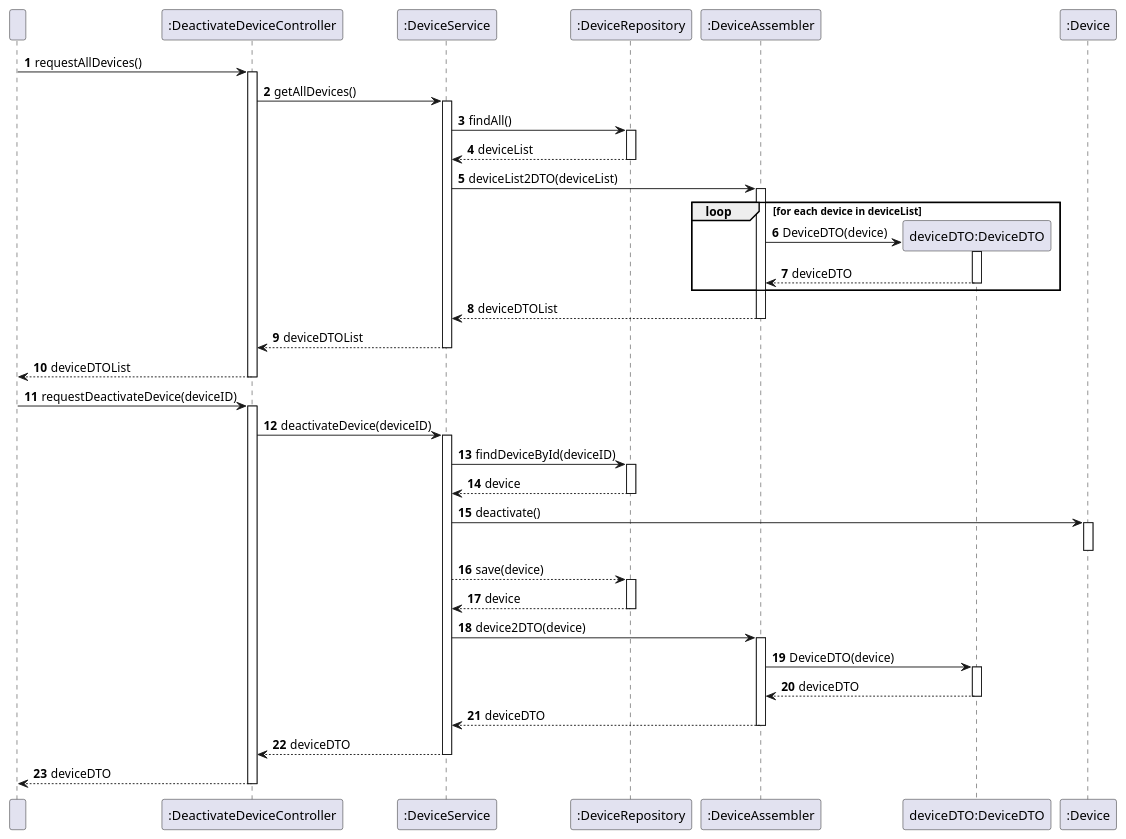
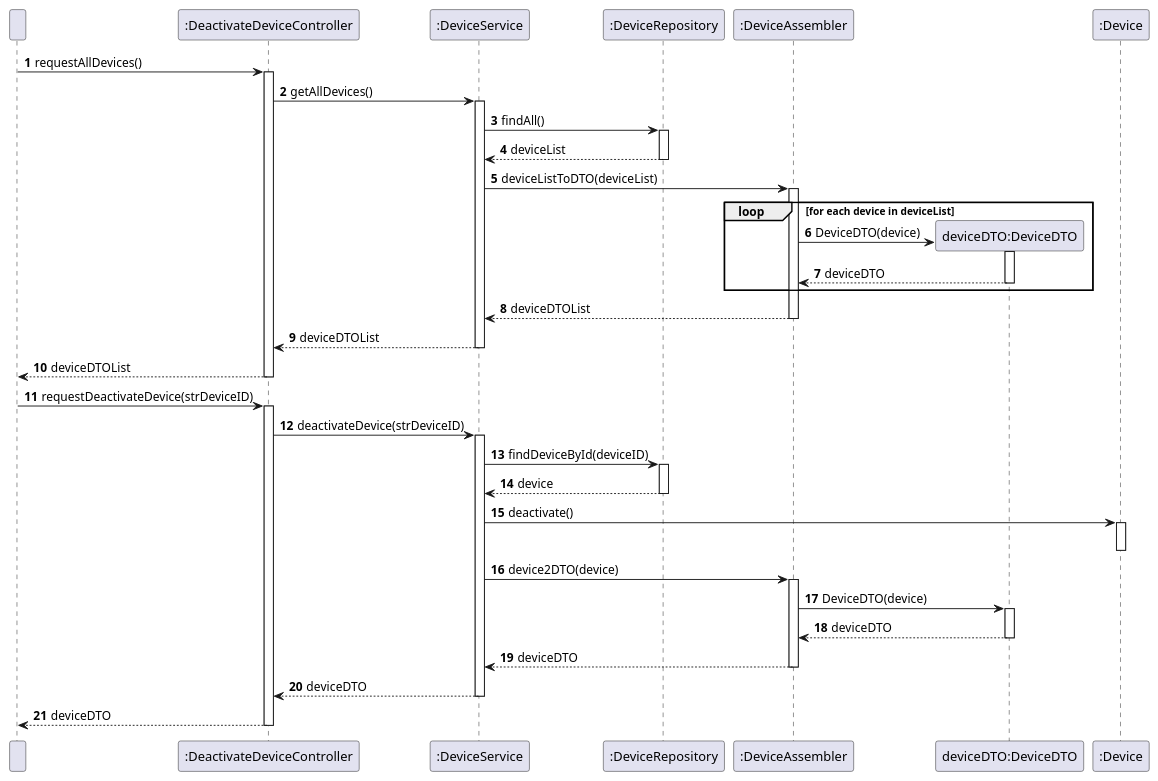
One commit to olivDiogo/SmartHome changed the diagram in docs/ood/sequenceDiagram/US08DeactivateDevice.puml. Above: the diagram before and after it, drawn with PlantUML.

Commit message:
Update: US08 SD, closes #110

```diff
--- a/docs/ood/sequenceDiagram/US08DeactivateDevice.puml
+++ b/docs/ood/sequenceDiagram/US08DeactivateDevice.puml
@@ -1,81 +1,81 @@
 @startuml
 'https://plantuml.com/sequence-diagram
 
 autonumber
 
     participant " " as User
     participant ":DeactivateDeviceController" as Controller
     participant ":DeviceService" as Service
     participant ":DeviceRepository" as Repository
     participant ":DeviceAssembler" as Assembler
     participant "deviceDTO:DeviceDTO" as DTO
     participant ":Device" as Device
 
 ' Request all devices
 
     User -> Controller: requestAllDevices()
     activate Controller
     Controller -> Service: getAllDevices()
     activate Service
     Service -> Repository: findAll()
     activate Repository
     Repository --> Service: deviceList
     deactivate Repository
 
-    Service -> Assembler: deviceList2DTO(deviceList)
+    Service -> Assembler: deviceListToDTO(deviceList)
     activate Assembler
     loop for each device in deviceList
         create DTO
         Assembler -> DTO: DeviceDTO(device)
         activate DTO
         DTO --> Assembler: deviceDTO
         deactivate DTO
     end
     Assembler --> Service: deviceDTOList
     deactivate Assembler
 
     Service --> Controller: deviceDTOList
     deactivate Service
     Controller --> User: deviceDTOList
     deactivate Controller
 
 ' Deactivate device
 
-    User -> Controller: requestDeactivateDevice(deviceID)
+    User -> Controller: requestDeactivateDevice(strDeviceID)
     activate Controller
-    Controller -> Service: deactivateDevice(deviceID)
+    Controller -> Service: deactivateDevice(strDeviceID)
     activate Service
     Service -> Repository: findDeviceById(deviceID)
     activate Repository
     Repository --> Service: device
     deactivate Repository
 
    Service -> Device: deactivate()
    activate Device
    ' The deactivate() method internally updates the Device's status to inactive.
    ' This is an internal detail, so the creation/modification of the status value object is not explicitly represented.
    deactivate Device
 
-   Service --> Repository: save(device)
+   /'Service --> Repository: save(device)
    ' Updated to save the whole device, reflecting the change in status.
    activate Repository
    Repository --> Service: device
    ' The Repository confirms the save operation, potentially returning a status or acknowledgment.
-   deactivate Repository
+   deactivate Repository'/
 
 
     Service -> Assembler: device2DTO(device)
     activate Assembler
     Assembler -> DTO: DeviceDTO(device)
     activate DTO
     DTO --> Assembler: deviceDTO
     deactivate DTO
     Assembler --> Service: deviceDTO
     deactivate Assembler
 
     Service --> Controller: deviceDTO
     deactivate Service
     Controller --> User: deviceDTO
     deactivate Controller
 
 @enduml
```
